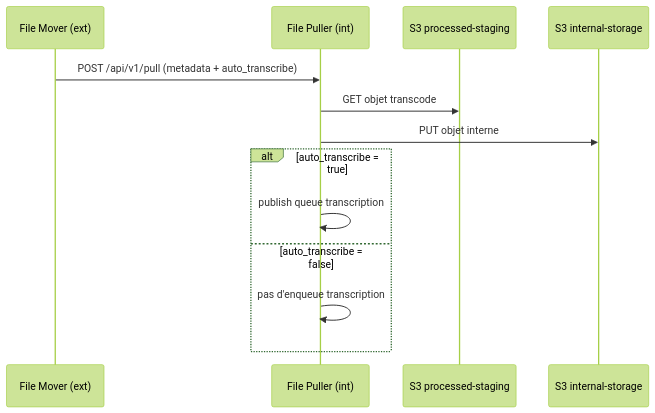
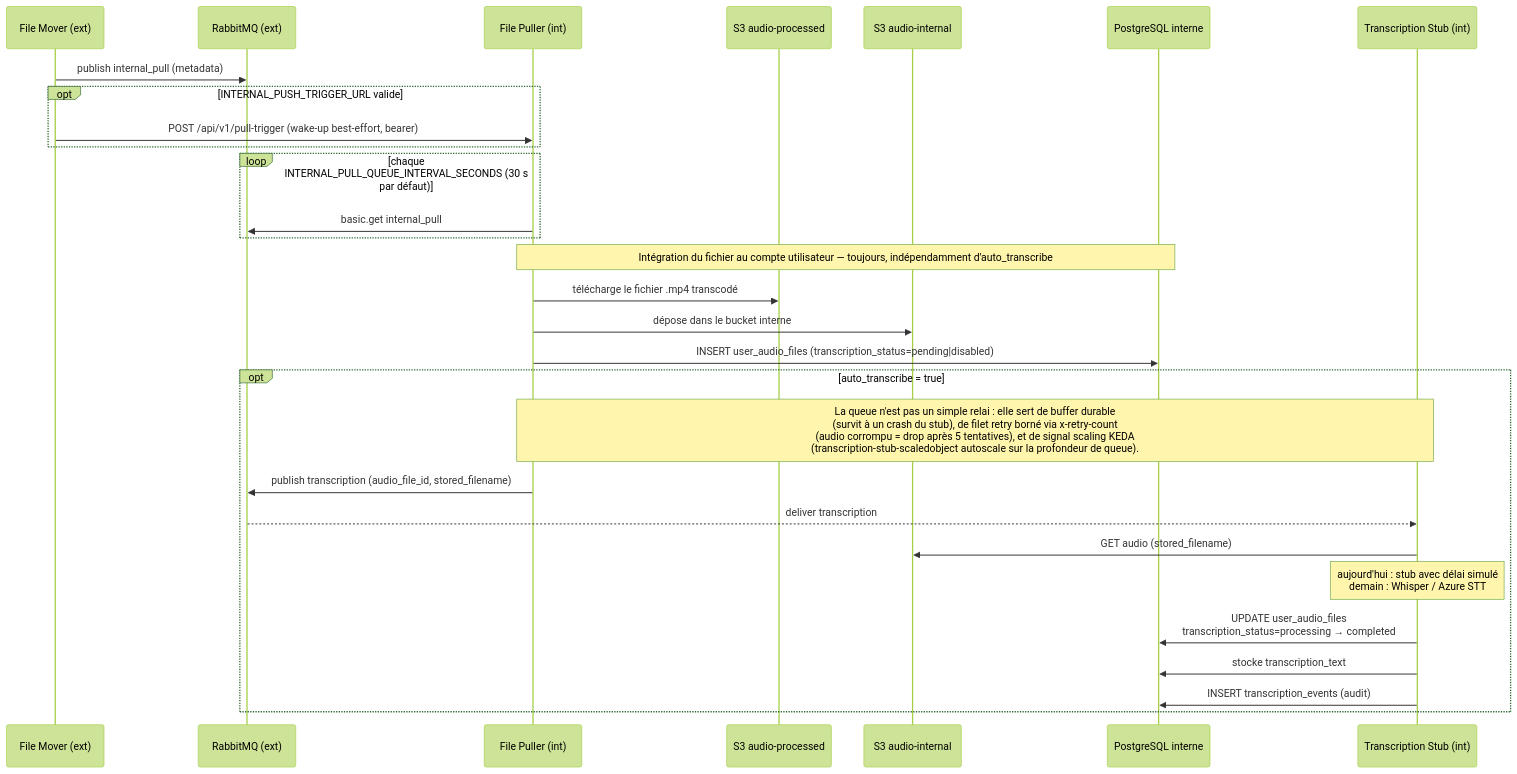
The third of 6 diagrams in docs/ARCHITECTURE.md (IA-Generative/mirai-mesreunions), drawn with Mermaid (forest theme) before and after one commit. The commit also changed other lines of this file and 13 other files, not shown here.

First line of the commit message:
feat(pipeline): cross-cluster pull notification via durable queue + optional HTTP trigger (#4)

````diff
--- a/docs/ARCHITECTURE.md
+++ b/docs/ARCHITECTURE.md
@@ -50,16 +132,34 @@
 ```mermaid
 sequenceDiagram
   participant FM as File Mover (ext)
+  participant MQ as RabbitMQ (ext)
   participant FP as File Puller (int)
-  participant S3P as S3 processed-staging
-  participant S3I as S3 internal-storage
+  participant S3P as S3 audio-processed
+  participant S3I as S3 audio-internal
+  participant PGI as PostgreSQL interne
+  participant STT as Transcription Stub (int)
 
-  FM->>FP: POST /api/v1/pull (metadata + auto_transcribe)
-  FP->>S3P: GET objet transcode
-  FP->>S3I: PUT objet interne
-  alt auto_transcribe = true
-    FP->>FP: publish queue transcription
-  else auto_transcribe = false
-    FP->>FP: pas d'enqueue transcription
+  FM->>MQ: publish internal_pull (metadata)
+  opt INTERNAL_PUSH_TRIGGER_URL valide
+    FM->>FP: POST /api/v1/pull-trigger (wake-up best-effort, bearer)
+  end
+  loop chaque INTERNAL_PULL_QUEUE_INTERVAL_SECONDS (30 s par défaut)
+    FP->>MQ: basic.get internal_pull
+  end
+
+  Note over FP,PGI: Intégration du fichier au compte utilisateur — toujours, indépendamment d'auto_transcribe
+  FP->>S3P: télécharge le fichier .mp4 transcodé
+  FP->>S3I: dépose dans le bucket interne
+  FP->>PGI: INSERT user_audio_files (transcription_status=pending|disabled)
+
+  opt auto_transcribe = true
+    Note over FP,STT: La queue n'est pas un simple relai : elle sert de buffer durable<br/>(survit à un crash du stub), de filet retry borné via x-retry-count<br/>(audio corrompu = drop après 5 tentatives), et de signal scaling KEDA<br/>(transcription-stub-scaledobject autoscale sur la profondeur de queue).
+    FP->>MQ: publish transcription (audio_file_id, stored_filename)
+    MQ-->>STT: deliver transcription
+    STT->>S3I: GET audio (stored_filename)
+    Note over STT: aujourd'hui : stub avec délai simulé<br/>demain : Whisper / Azure STT
+    STT->>PGI: UPDATE user_audio_files<br/>transcription_status=processing → completed
+    STT->>PGI: stocke transcription_text
+    STT->>PGI: INSERT transcription_events (audit)
   end
 ```
````
